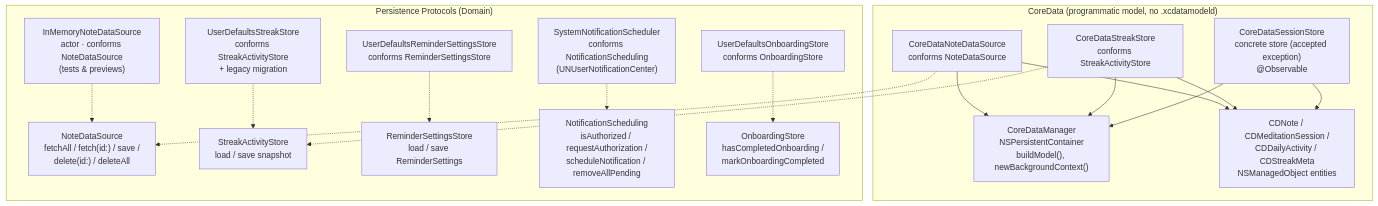
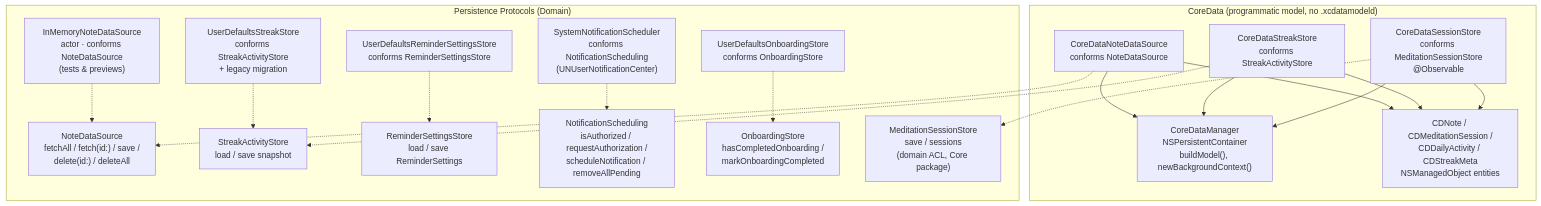
The sixth of 8 diagrams in ARCHITECTURE.md (kwazzar/MeditateAndNote), drawn with Mermaid before and after one commit. The commit also changed other lines of this file and 2 other files, not shown here.

First line of the commit message:
docs: sync README/ARCHITECTURE/AGENTS with current project state

````diff
--- a/ARCHITECTURE.md
+++ b/ARCHITECTURE.md
@@ -376,38 +437,40 @@
 ```mermaid
 graph TB
     subgraph SQLite["CoreData (programmatic model, no .xcdatamodeld)"]
         CDM["CoreDataManager<br/>NSPersistentContainer<br/>buildModel(), newBackgroundContext()"]
         CDNote["CoreDataNoteDataSource<br/>conforms NoteDataSource"]
         CDStreak["CoreDataStreakStore<br/>conforms StreakActivityStore"]
-        CDSession["CoreDataSessionStore<br/>concrete store (accepted exception)<br/>@Observable"]
+        CDSession["CoreDataSessionStore<br/>conforms MeditationSessionStore<br/>@Observable"]
 
         CDEvent["CDNote / CDMeditationSession /<br/>CDDailyActivity / CDStreakMeta<br/>NSManagedObject entities"]
     end
 
     subgraph Contracts["Persistence Protocols (Domain)"]
         ND["NoteDataSource<br/>fetchAll / fetch(id:) / save /<br/>delete(id:) / deleteAll"]
         SA["StreakActivityStore<br/>load / save snapshot"]
         RS["ReminderSettingsStore<br/>load / save ReminderSettings"]
         NS["NotificationScheduling<br/>isAuthorized / requestAuthorization /<br/>scheduleNotification / removeAllPending"]
         OS["OnboardingStore<br/>hasCompletedOnboarding /<br/>markOnboardingCompleted"]
+        MS["MeditationSessionStore<br/>save / sessions<br/>(domain ACL, Core package)"]
         IM["InMemoryNoteDataSource<br/>actor · conforms NoteDataSource<br/>(tests & previews)"]
         UDS["UserDefaultsStreakStore<br/>conforms StreakActivityStore<br/>+ legacy migration"]
         UDReminder["UserDefaultsReminderSettingsStore<br/>conforms ReminderSettingsStore"]
         SysSched["SystemNotificationScheduler<br/>conforms NotificationScheduling<br/>(UNUserNotificationCenter)"]
         UDOnb["UserDefaultsOnboardingStore<br/>conforms OnboardingStore"]
     end
 
     CDNote -.-> ND
     IM -.-> ND
     CDStreak -.-> SA
     UDS -.-> SA
+    CDSession -.-> MS
     UDReminder -.-> RS
     SysSched -.-> NS
     UDOnb -.-> OS
     CDNote --> CDM
     CDStreak --> CDM
     CDSession --> CDM
     CDNote --> CDEvent
     CDStreak --> CDEvent
     CDSession --> CDEvent
 ```
````
